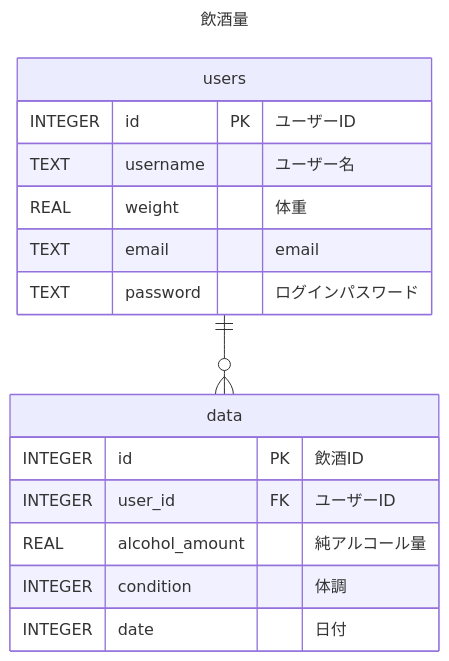
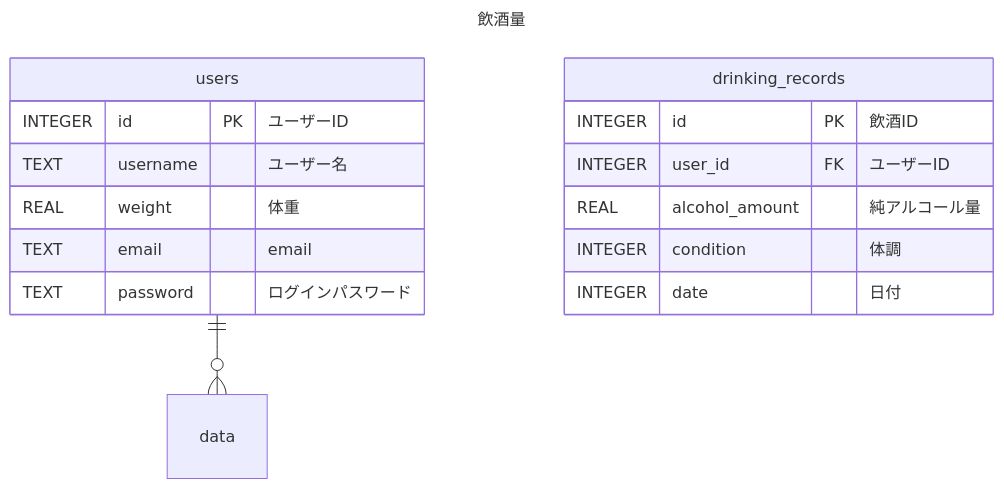
Before and after one commit to saitamau-maximum/alcoho-rhythm: the diagram in README.md, drawn with Mermaid.

Commit message:
docs: 飲酒データのテーブル名をdrinking_recordsに変更

````diff
--- a/README.md
+++ b/README.md
@@ -7,23 +7,23 @@
 ```mermaid
 ---
 title: "飲酒量"
 ---
 erDiagram
     users ||--o{ data : ""
 
     users {
         INTEGER id PK "ユーザーID"
         TEXT username "ユーザー名"
         REAL weight "体重"
         TEXT email "email"
         TEXT password "ログインパスワード"
     }
 
-    data {
+    drinking_records {
         INTEGER id PK "飲酒ID"
         INTEGER user_id FK "ユーザーID"
         REAL alcohol_amount "純アルコール量"
         INTEGER condition "体調"
         INTEGER date "日付"
     }
 ```
````
